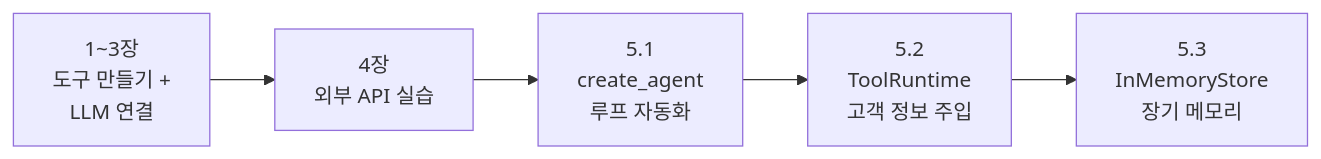
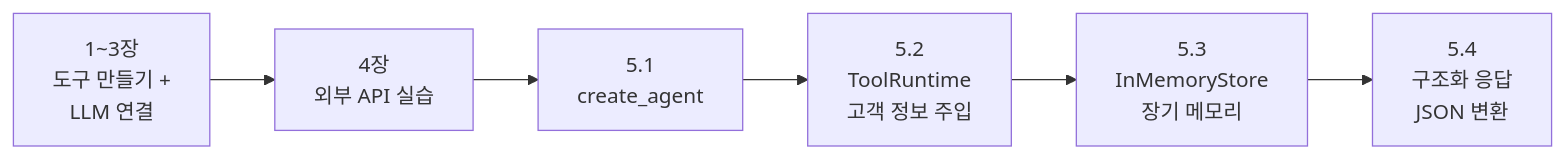
One commit to webDevpia/webDevpia.github.io changed the second of 2 diagrams in docs/08_llm/04_langchain/06.LangChain 도구.md. Above: the diagram before and after it, drawn with Mermaid. The commit also changed other lines of this file and 5 other files, not shown here.

````diff
--- a/docs/08_llm/04_langchain/06.LangChain 도구.md
+++ b/docs/08_llm/04_langchain/06.LangChain 도구.md
@@ -718,7 +786,8 @@
 ```mermaid
 flowchart LR
     A["1~3장<br>도구 만들기 +<br>LLM 연결"] --> B["4장<br>외부 API 실습"]
-    B --> C["5.1<br>create_agent<br>루프 자동화"]
+    B --> C["5.1<br>create_agent"]
     C --> D["5.2<br>ToolRuntime<br>고객 정보 주입"]
     D --> E["5.3<br>InMemoryStore<br>장기 메모리"]
+    E --> F["5.4<br>구조화 응답<br>JSON 변환"]
 ```
````
